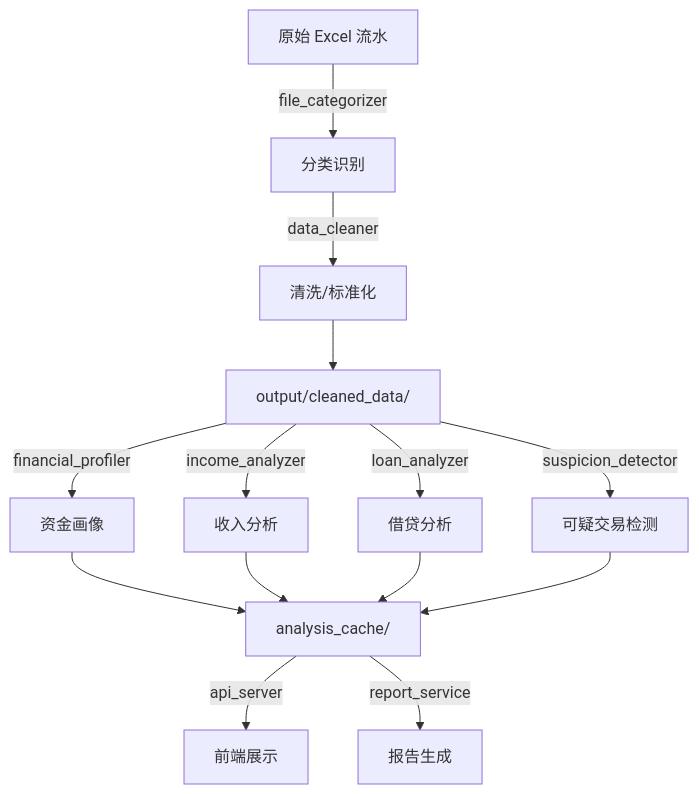
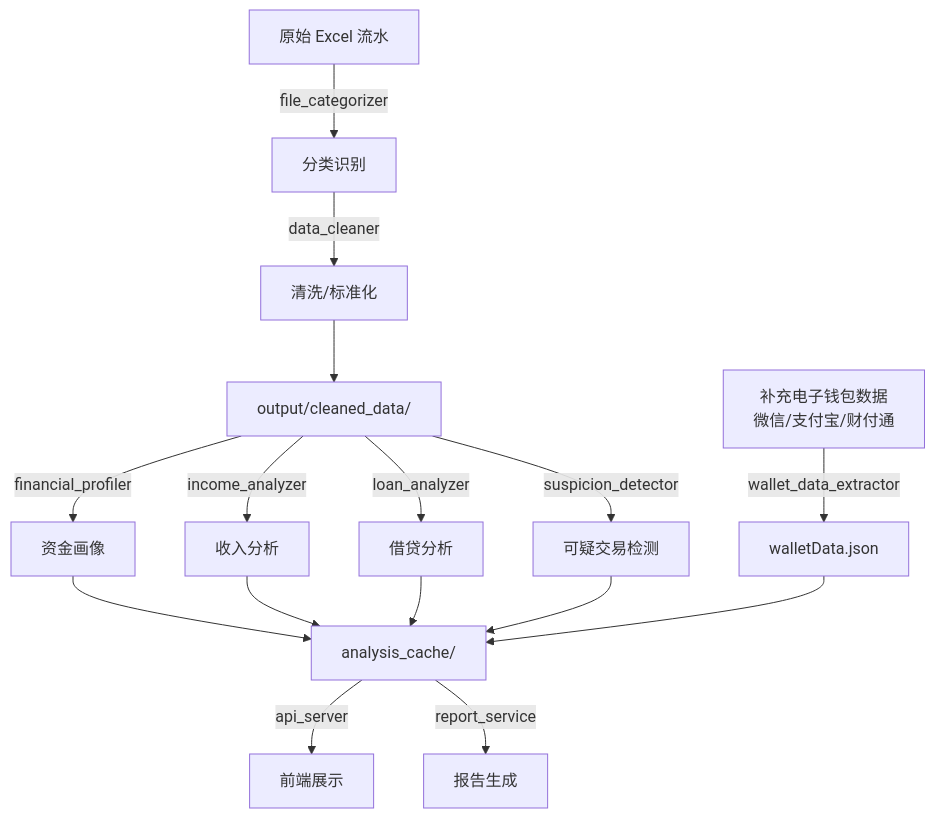
One commit to cjian8888/cj-project changed the diagram in docs/architecture_overview.md. Above: the diagram before and after it, drawn with Mermaid. The commit also changed other lines of this file and 28 other files, not shown here.

````diff
--- a/docs/architecture_overview.md
+++ b/docs/architecture_overview.md
@@ -5,13 +5,15 @@
 ```mermaid
 graph TD
     A[原始 Excel 流水] -->|file_categorizer| B[分类识别]
     B -->|data_cleaner| C[清洗/标准化]
     C --> D[output/cleaned_data/]
+    A2[补充电子钱包数据\n微信/支付宝/财付通] -->|wallet_data_extractor| W[walletData.json]
     D -->|financial_profiler| E[资金画像]
     D -->|income_analyzer| F[收入分析]
     D -->|loan_analyzer| G[借贷分析]
     D -->|suspicion_detector| H[可疑交易检测]
     E & F & G & H --> I[analysis_cache/]
+    W --> I
     I -->|api_server| J[前端展示]
     I -->|report_service| K[报告生成]
 ```
````
